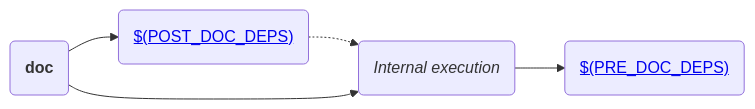
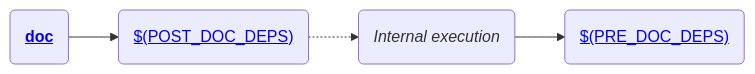
The diagram in docs/doxygen.mk.md (ljbo82/c-cpp-gcc-builder), drawn with Mermaid before and after one commit. The commit also changed other lines of this file and 5 other files, not shown here.

````diff
--- a/docs/doxygen.mk.md
+++ b/docs/doxygen.mk.md
@@ -30,10 +34,9 @@
 ```mermaid
 graph LR;
-    doc(<b>doc</b>);
+    doc(<b><a href="#doc">doc</a></b>);
     postDocDeps("<a href="#post_doc_deps">$(POST_DOC_DEPS)</a>");
     intDoc(<i>Internal execution</i>);
     preDocDeps("<a href='#pre_doc_deps'>$(PRE_DOC_DEPS)</a>");
 
     doc-->postDocDeps-.->intDoc-->preDocDeps
-    doc-->intDoc
 ```
````
